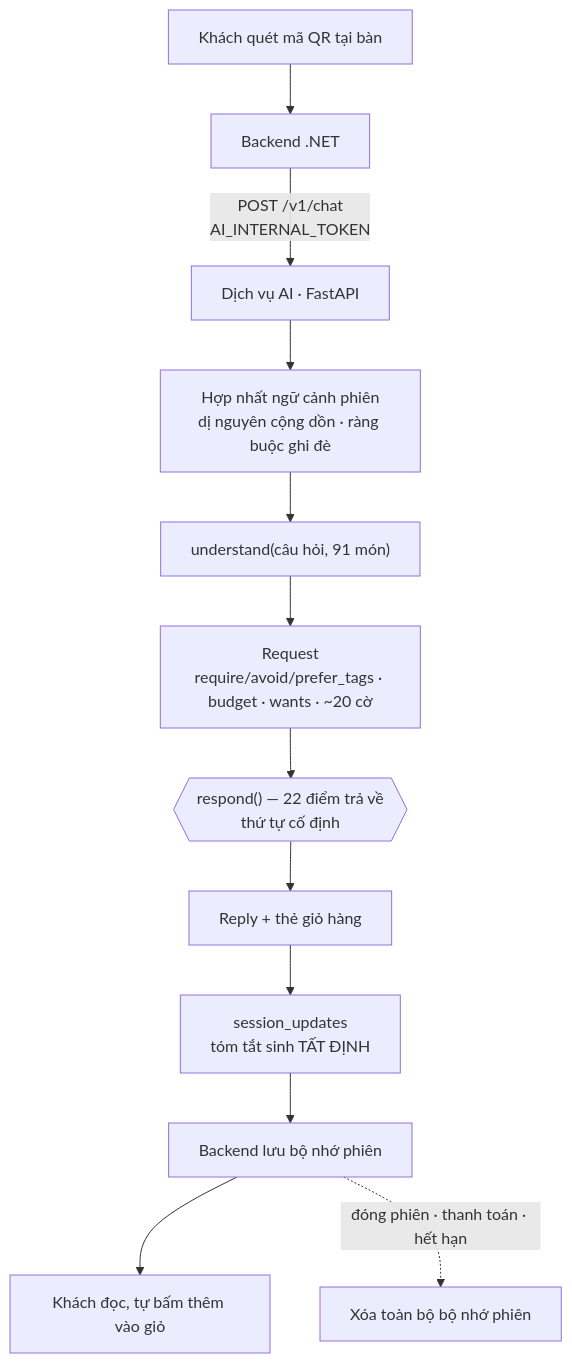
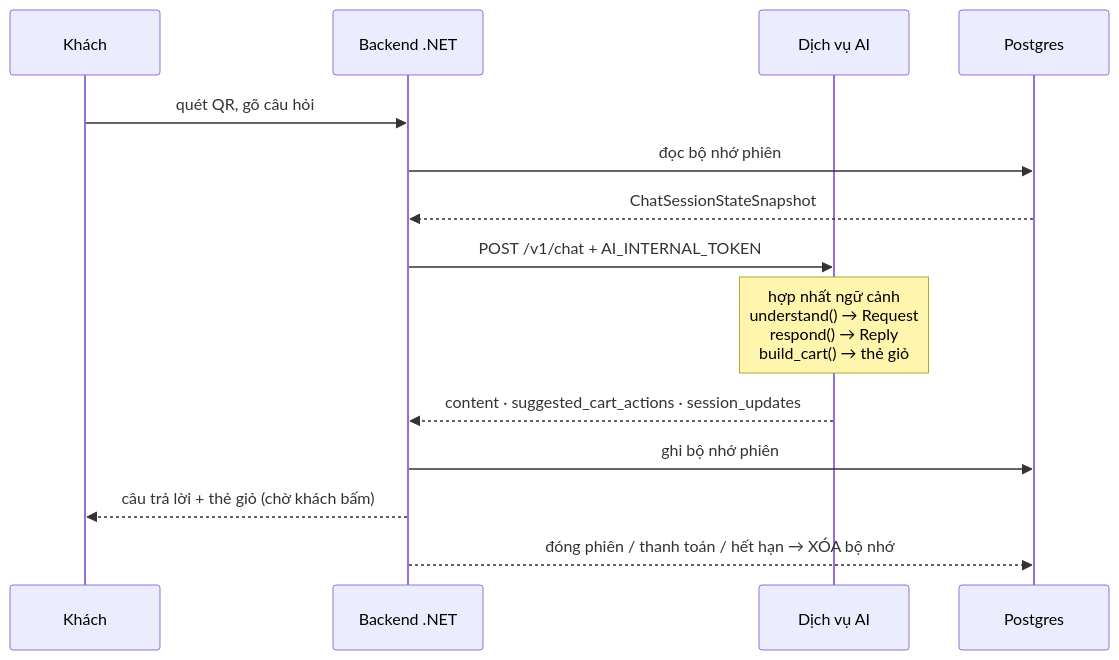
One commit to Anpham120/restaurant-qr-ai-ordering changed the third of 9 diagrams in docs/ai/BAO_CAO_HOC_MAY_KPDL.md. Above: the diagram before and after it, drawn with Mermaid. The commit also changed other lines of this file and 1 other file, not shown here.

````diff
--- a/docs/ai/BAO_CAO_HOC_MAY_KPDL.md
+++ b/docs/ai/BAO_CAO_HOC_MAY_KPDL.md
@@ -254,14 +712,17 @@
 ```mermaid
-flowchart TB
-  QR["Khách quét mã QR tại bàn"] --> BE["Backend .NET"]
-  BE -->|"POST /v1/chat<br/>AI_INTERNAL_TOKEN"| SV["Dịch vụ AI · FastAPI"]
-  SV --> CTX["Hợp nhất ngữ cảnh phiên<br/>dị nguyên cộng dồn · ràng buộc ghi đè"]
-  CTX --> UND["understand(câu hỏi, 91 món)"]
-  UND --> REQ["Request<br/>require/avoid/prefer_tags · budget · wants · ~20 cờ"]
-  REQ --> RT{{"respond() — 22 điểm trả về<br/>thứ tự cố định"}}
-  RT --> RP["Reply + thẻ giỏ hàng"]
-  RP --> UPD["session_updates<br/>tóm tắt sinh TẤT ĐỊNH"]
-  UPD --> BE2["Backend lưu bộ nhớ phiên"]
-  BE2 --> OUT["Khách đọc, tự bấm thêm vào giỏ"]
-  BE2 -.->|"đóng phiên · thanh toán · hết hạn"| DEL["Xóa toàn bộ bộ nhớ phiên"]
+sequenceDiagram
+  participant K as Khách
+  participant BE as Backend .NET
+  participant AI as Dịch vụ AI
+  participant DB as Postgres
+
+  K->>BE: quét QR, gõ câu hỏi
+  BE->>DB: đọc bộ nhớ phiên
+  DB-->>BE: ChatSessionStateSnapshot
+  BE->>AI: POST /v1/chat + AI_INTERNAL_TOKEN
+  Note over AI: hợp nhất ngữ cảnh<br/>understand() → Request<br/>respond() → Reply<br/>build_cart() → thẻ giỏ
+  AI-->>BE: content · suggested_cart_actions · session_updates
+  BE->>DB: ghi bộ nhớ phiên
+  BE-->>K: câu trả lời + thẻ giỏ (chờ khách bấm)
+  BE-->>DB: đóng phiên / thanh toán / hết hạn → XÓA bộ nhớ
 ```
````
